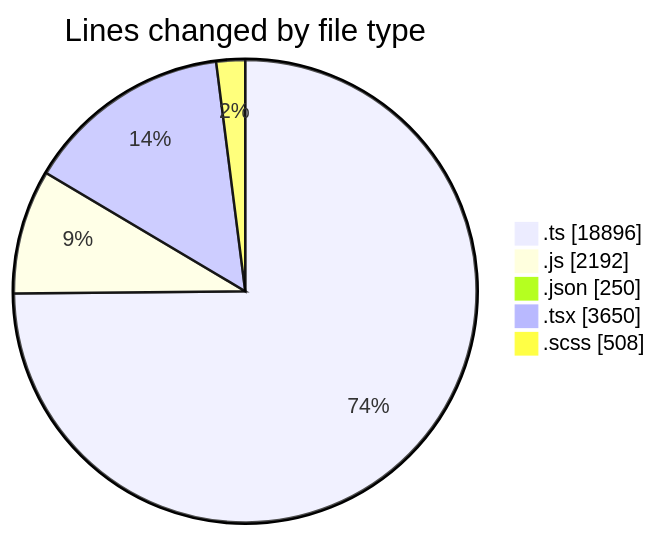
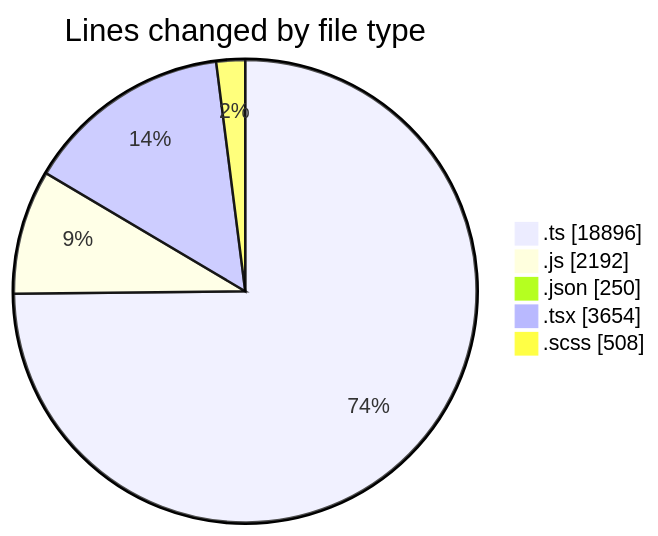
The first of 2 diagrams in 2026-06-18/cda/README.md (momahboobian/code-tracking), drawn with Mermaid before and after one commit. The commit also changed other lines of this file and 1 other file, not shown here.

````diff
--- a/2026-06-18/cda/README.md
+++ b/2026-06-18/cda/README.md
@@ -70,9 +70,9 @@
 ```mermaid
 pie showData
 title Lines changed by file type
 ".ts" : 18896
 ".js" : 2192
 ".json" : 250
-".tsx" : 3650
+".tsx" : 3654
 ".scss" : 508
 ```
````
